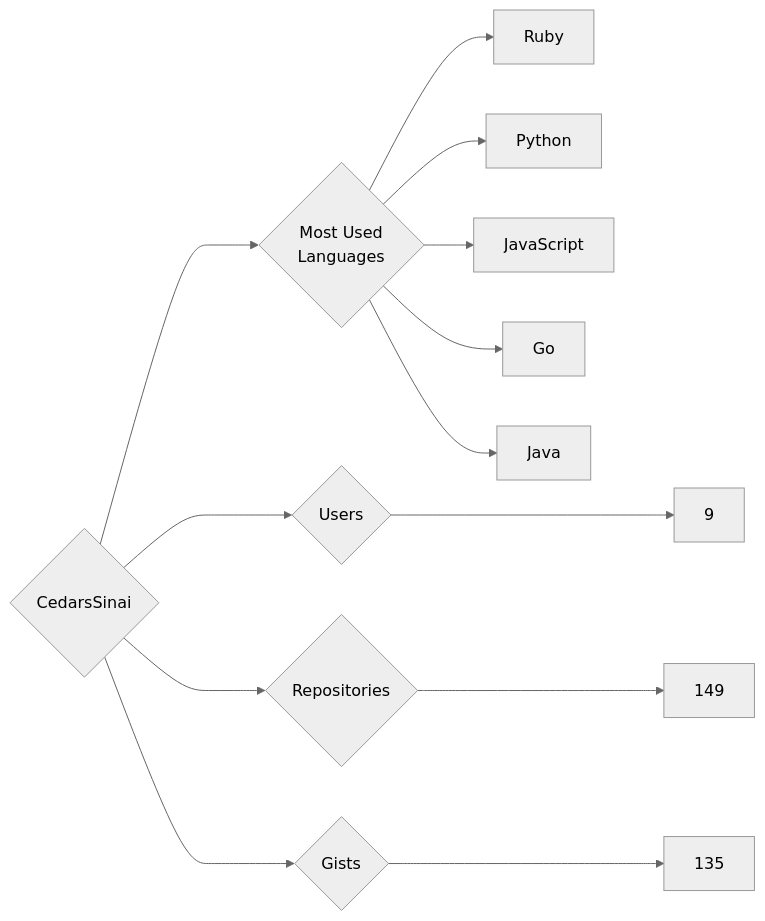
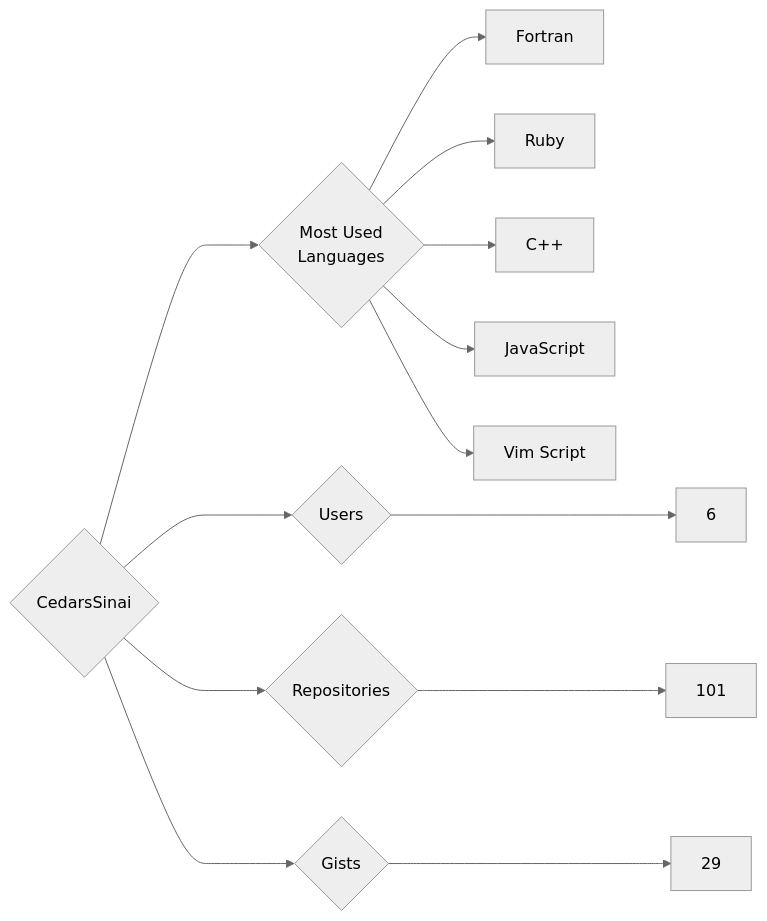
Before and after one commit to trickest/insiders: the diagram in targets/CedarsSinai/README.md, drawn with Mermaid (neutral theme). The commit also changed 1141 other files, not shown here.

````diff
--- a/targets/CedarsSinai/README.md
+++ b/targets/CedarsSinai/README.md
@@ -3,13 +3,13 @@
 ```mermaid
 graph LR
 COMPANY_NAME{CedarsSinai}
-COMPANY_NAME ---> U{Users} ---> UN[9]
-COMPANY_NAME ---> R{Repositories} ---> RN[149]
-COMPANY_NAME ---> G{Gists} ---> GN[135]
+COMPANY_NAME ---> U{Users} ---> UN[6]
+COMPANY_NAME ---> R{Repositories} ---> RN[101]
+COMPANY_NAME ---> G{Gists} ---> GN[29]
 COMPANY_NAME ---> ML{Most Used<br>Languages}
+ML --> Fortran[Fortran]
 ML --> Ruby[Ruby]
-ML --> Python[Python]
+ML --> C++[C++]
 ML --> JavaScript[JavaScript]
-ML --> Go[Go]
-ML --> Java[Java]
+ML --> Vim_Script[Vim Script]
 ```
````
